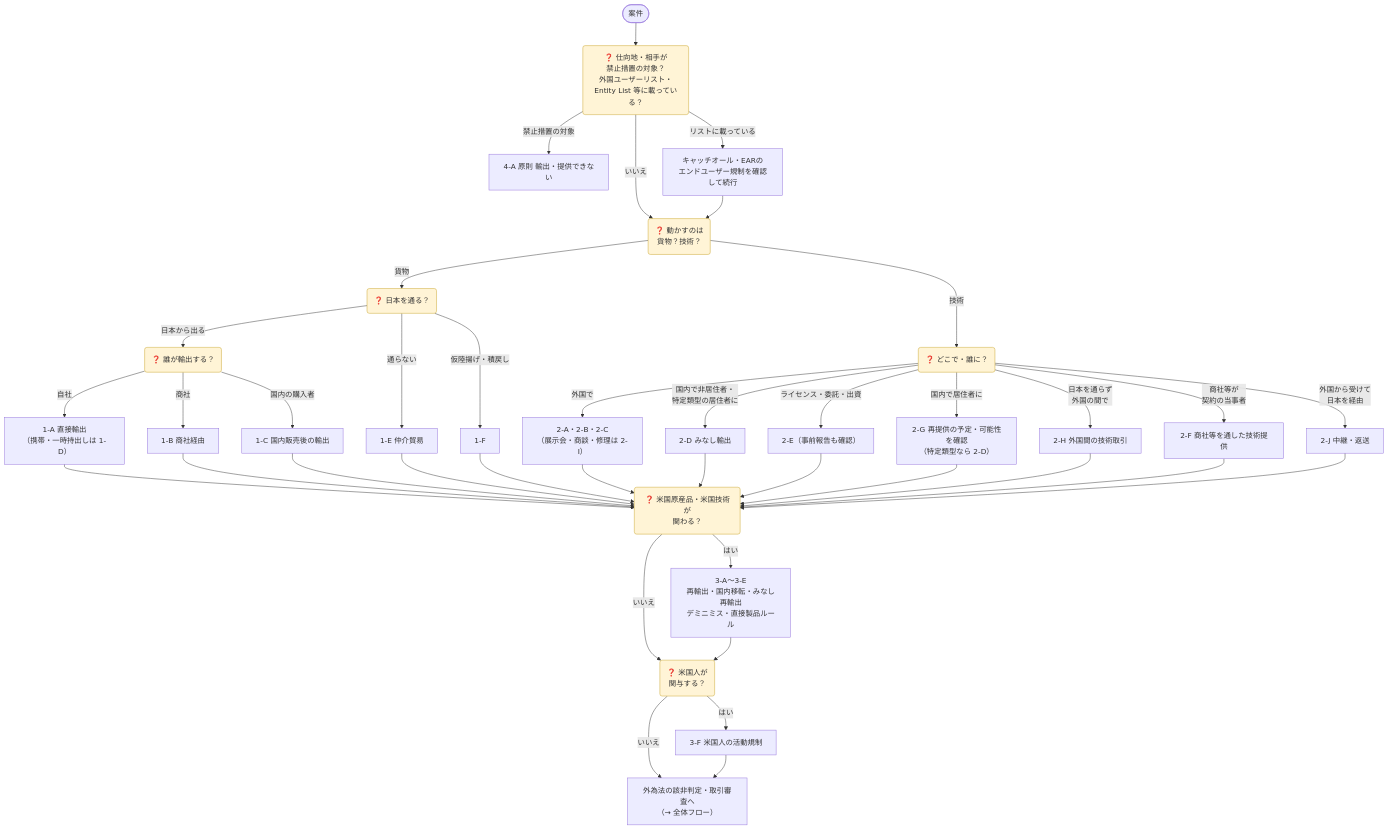
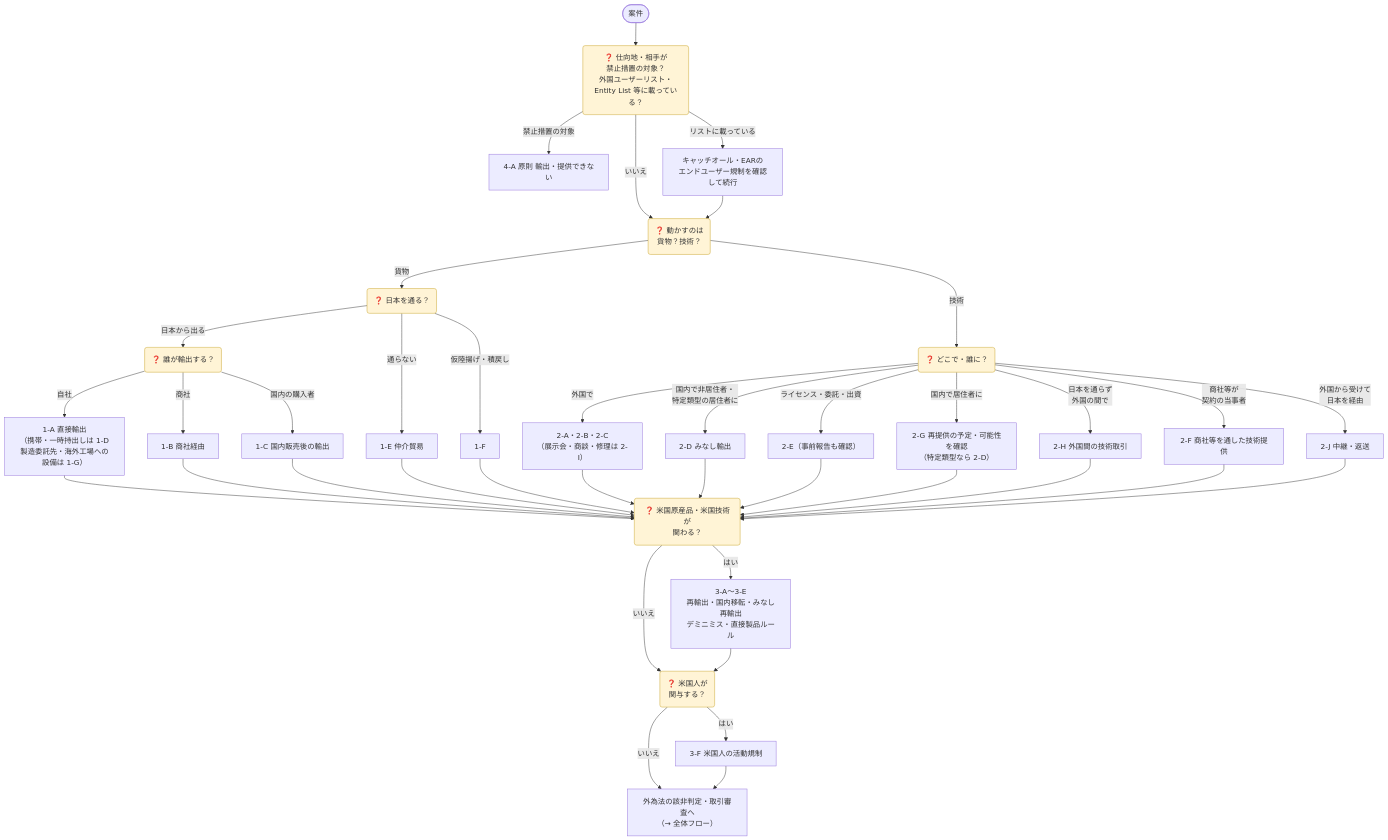
One commit to bamboo-go/export-control-hub changed the second of 2 diagrams in content/ja/docs/01-overview/export-patterns/index.md. Above: the diagram before and after it, drawn with Mermaid. The commit also changed other lines of this file, not shown here.

````diff
--- a/content/ja/docs/01-overview/export-patterns/index.md
+++ b/content/ja/docs/01-overview/export-patterns/index.md
@@ -93,32 +94,32 @@
 ```mermaid
 flowchart TD
   S(["案件"]) --> P("❓ 仕向地・相手が<br/>禁止措置の対象？<br/>外国ユーザーリスト・Entity List 等に載っている？")
   P -- 禁止措置の対象 --> X["4-A 原則 輸出・提供できない"]
   P -- リストに載っている --> K["キャッチオール・EARの<br/>エンドユーザー規制を確認して続行"]
   P -- いいえ --> O
   K --> O("❓ 動かすのは<br/>貨物？技術？")
   O -- 貨物 --> W("❓ 日本を通る？")
   W -- 通らない --> E1["1-E 仲介貿易"]
   W -- 仮陸揚げ・積戻し --> F1["1-F"]
   W -- 日本から出る --> H("❓ 誰が輸出する？")
-  H -- 自社 --> A1["1-A 直接輸出<br/>（携帯・一時持出しは 1-D）"]
+  H -- 自社 --> A1["1-A 直接輸出<br/>（携帯・一時持出しは 1-D<br/>製造委託先・海外工場への設備は 1-G）"]
   H -- 商社 --> B1["1-B 商社経由"]
   H -- 国内の購入者 --> C1["1-C 国内販売後の輸出"]
   O -- 技術 --> T("❓ どこで・誰に？")
   T -- 外国で --> T1["2-A・2-B・2-C<br/>（展示会・商談・修理は 2-I）"]
   T -- 国内で非居住者・<br/>特定類型の居住者に --> T2["2-D みなし輸出"]
   T -- ライセンス・委託・出資 --> T3["2-E（事前報告も確認）"]
   T -- 国内で居住者に --> T4["2-G 再提供の予定・可能性を確認<br/>（特定類型なら 2-D）"]
   T -- 商社等が<br/>契約の当事者 --> T6["2-F 商社等を通した技術提供"]
   T -- 日本を通らず<br/>外国の間で --> T5["2-H 外国間の技術取引"]
   T -- 外国から受けて<br/>日本を経由 --> T7["2-J 中継・返送"]
   A1 & B1 & C1 & E1 & F1 & T1 & T2 & T3 & T4 & T5 & T6 & T7 --> U("❓ 米国原産品・米国技術が<br/>関わる？")
   U -- はい --> U1["3-A〜3-E<br/>再輸出・国内移転・みなし再輸出<br/>デミニミス・直接製品ルール"]
   U -- いいえ --> M("❓ 米国人が<br/>関与する？")
   U1 --> M
   M -- はい --> F3["3-F 米国人の活動規制"]
   M -- いいえ --> Z["外為法の該非判定・取引審査へ<br/>（→ 全体フロー）"]
   F3 --> Z
   classDef q fill:#fff4d6,stroke:#c9a227,color:#333;
   class P,O,W,H,T,U,M q;
 ```
````
